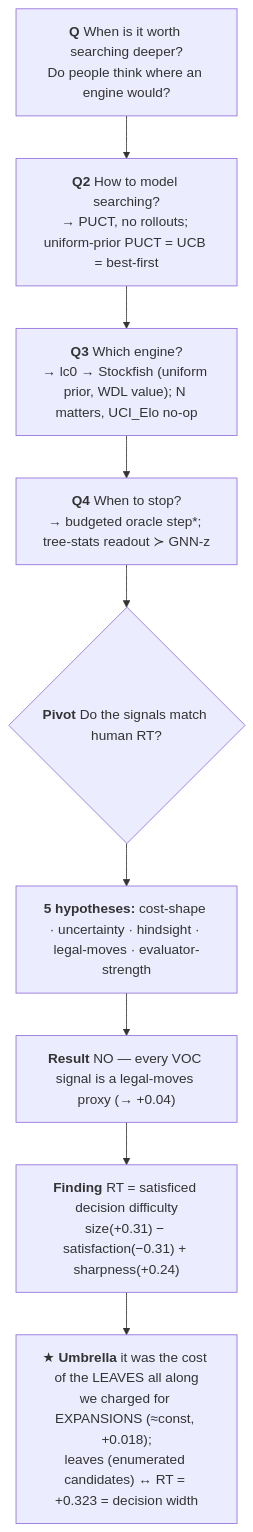
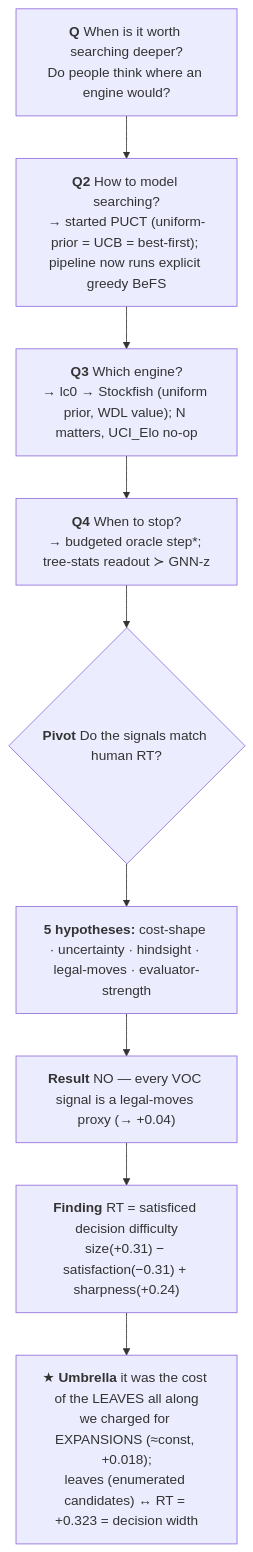
One commit to WeiJiMaLab/chess_analysis changed the diagram in outputs/reports/treesearch.md. Above: the diagram before and after it, drawn with Mermaid. The commit also changed other lines of this file and 145 other files, not shown here.

````diff
--- a/outputs/reports/treesearch.md
+++ b/outputs/reports/treesearch.md
@@ -13,12 +13,12 @@
 ```mermaid {scale: 0.6}
 flowchart TD
   Q["<b>Q</b> When is it worth searching deeper?<br/>Do people think where an engine would?"] --> Q2
-  Q2["<b>Q2</b> How to model searching?<br/>→ PUCT, no rollouts; uniform-prior PUCT = UCB = best-first"] --> Q3
+  Q2["<b>Q2</b> How to model searching?<br/>→ started PUCT (uniform-prior = UCB = best-first); pipeline now runs explicit greedy BeFS"] --> Q3
   Q3["<b>Q3</b> Which engine?<br/>→ lc0 → Stockfish (uniform prior, WDL value); N matters, UCI_Elo no-op"] --> Q4
   Q4["<b>Q4</b> When to stop?<br/>→ budgeted oracle step*; tree-stats readout ≻ GNN-z"] --> PIV
   PIV{"<b>Pivot</b> Do the signals match human RT?"} --> H
   H["<b>5 hypotheses:</b> cost-shape · uncertainty · hindsight · legal-moves · evaluator-strength"] --> R
   R["<b>Result</b> NO — every VOC signal is a legal-moves proxy (→ +0.04)"] --> FIND
   FIND["<b>Finding</b> RT = satisficed decision difficulty<br/>size(+0.31) − satisfaction(−0.31) + sharpness(+0.24)"] --> UMB
   UMB["★ <b>Umbrella</b> it was the cost of the LEAVES all along<br/>we charged for EXPANSIONS (≈const, +0.018);<br/>leaves (enumerated candidates) ↔ RT = +0.323 = decision width"]
 ```
````
